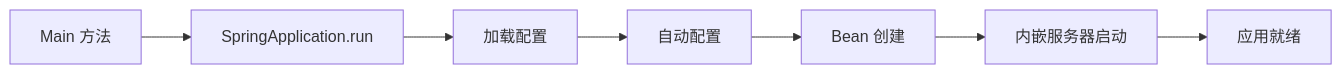
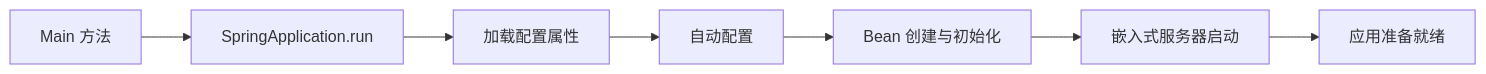
One commit to YiWang24/AiDIY changed the first of 2 diagrams in i18n/zh-Hans/docusaurus-plugin-content-docs/current/engineering/backend/index.mdx. Above: the diagram before and after it, drawn with Mermaid. The commit also changed other lines of this file and 59 other files, not shown here.

````diff
--- a/i18n/zh-Hans/docusaurus-plugin-content-docs/current/engineering/backend/index.mdx
+++ b/i18n/zh-Hans/docusaurus-plugin-content-docs/current/engineering/backend/index.mdx
@@ -22,9 +22,9 @@
 ```mermaid
 flowchart LR
     A[Main 方法] --> B[SpringApplication.run]
-    B --> C[加载配置]
+    B --> C[加载配置属性]
     C --> D[自动配置]
-    D --> E[Bean 创建]
-    E --> F[内嵌服务器启动]
-    F --> G[应用就绪]
+    D --> E[Bean 创建与初始化]
+    E --> F[嵌入式服务器启动]
+    F --> G[应用准备就绪]
 ```
````
